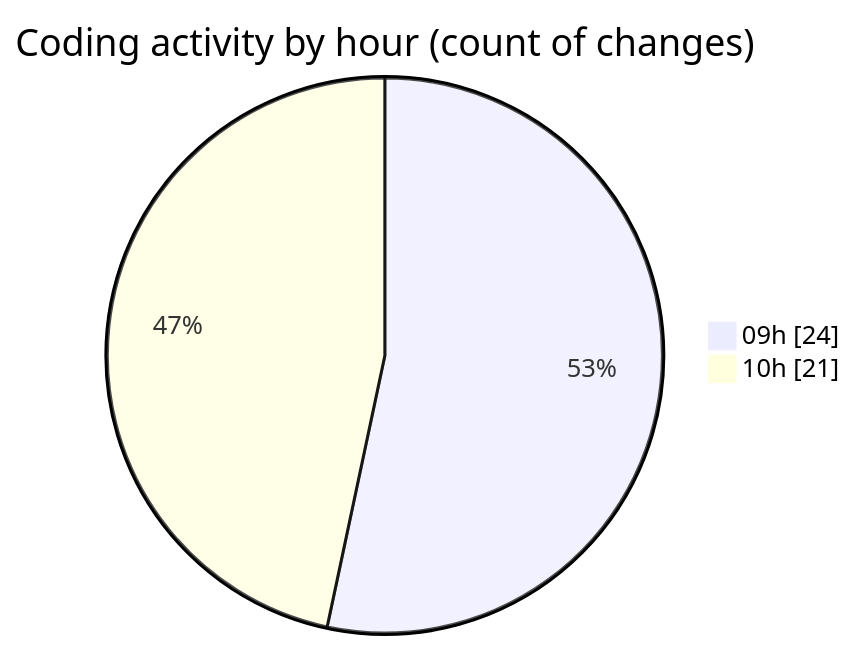
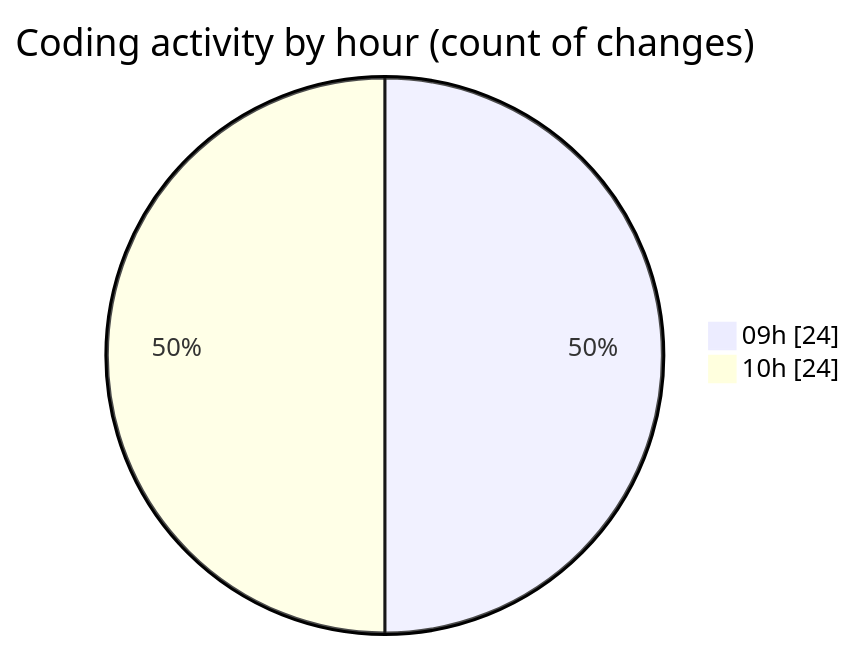
One commit to momahboobian/code-tracking changed the second of 2 diagrams in 2026-02-09/cda/README.md. Above: the diagram before and after it, drawn with Mermaid. The commit also changed other lines of this file and 1 other file, not shown here.

````diff
--- a/2026-02-09/cda/README.md
+++ b/2026-02-09/cda/README.md
@@ -47,6 +47,6 @@
 ```mermaid
 pie showData
 title Coding activity by hour (count of changes)
 "09h" : 24
-"10h" : 21
+"10h" : 24
 ```
````
